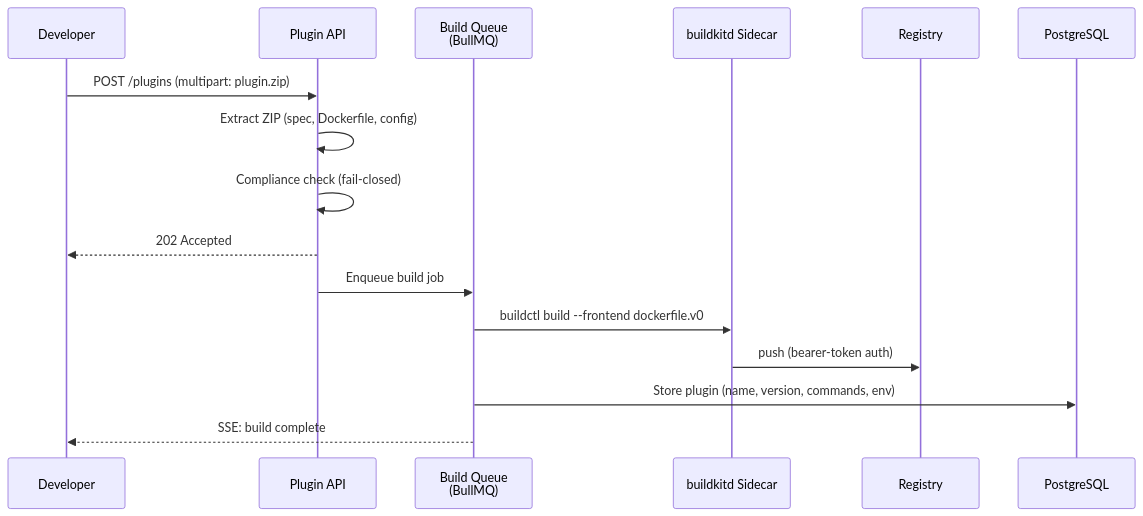
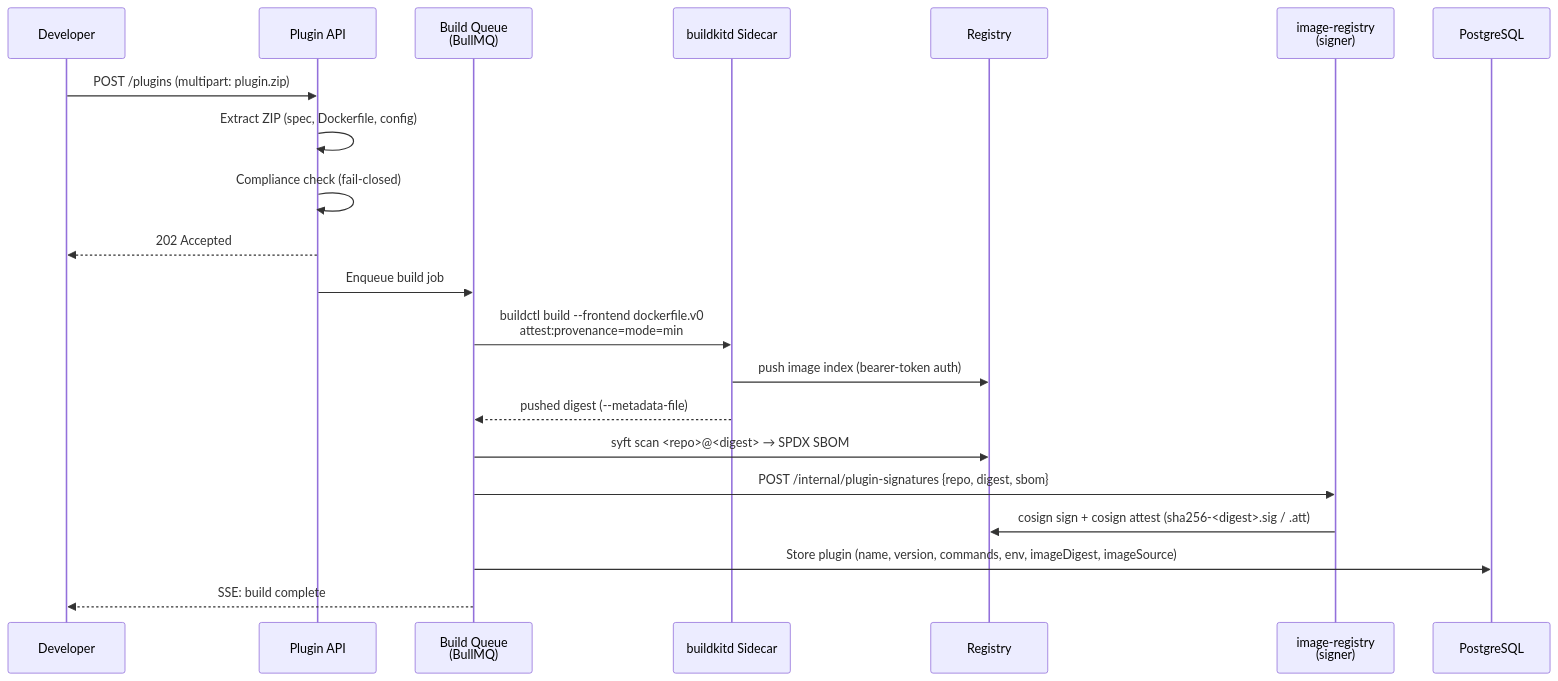
Before and after one commit to mwashburn160/pipeline-builder: the second of 10 diagrams in docs/architecture-flow.md, drawn with Mermaid. The commit also changed other lines of this file and 107 other files, not shown here.

Commit message:
fix: added plugin sbom

````diff
--- a/docs/architecture-flow.md
+++ b/docs/architecture-flow.md
@@ -72,21 +72,26 @@
 ```mermaid
 sequenceDiagram
     participant Dev as Developer
     participant API as Plugin API
     participant Queue as Build Queue<br/>(BullMQ)
     participant BK as buildkitd Sidecar
     participant Reg as Registry
+    participant IR as image-registry<br/>(signer)
     participant DB as PostgreSQL
 
     Dev->>API: POST /plugins (multipart: plugin.zip)
     API->>API: Extract ZIP (spec, Dockerfile, config)
     API->>API: Compliance check (fail-closed)
     API-->>Dev: 202 Accepted
 
     API->>Queue: Enqueue build job
 
-    Queue->>BK: buildctl build --frontend dockerfile.v0
-    BK->>Reg: push (bearer-token auth)
-    Queue->>DB: Store plugin (name, version, commands, env)
+    Queue->>BK: buildctl build --frontend dockerfile.v0<br/>attest:provenance=mode=min
+    BK->>Reg: push image index (bearer-token auth)
+    BK-->>Queue: pushed digest (--metadata-file)
+    Queue->>Reg: syft scan <repo>@<digest> → SPDX SBOM
+    Queue->>IR: POST /internal/plugin-signatures {repo, digest, sbom}
+    IR->>Reg: cosign sign + cosign attest (sha256-<digest>.sig / .att)
+    Queue->>DB: Store plugin (name, version, commands, env, imageDigest, imageSource)
     Queue-->>Dev: SSE: build complete
 ```
````
